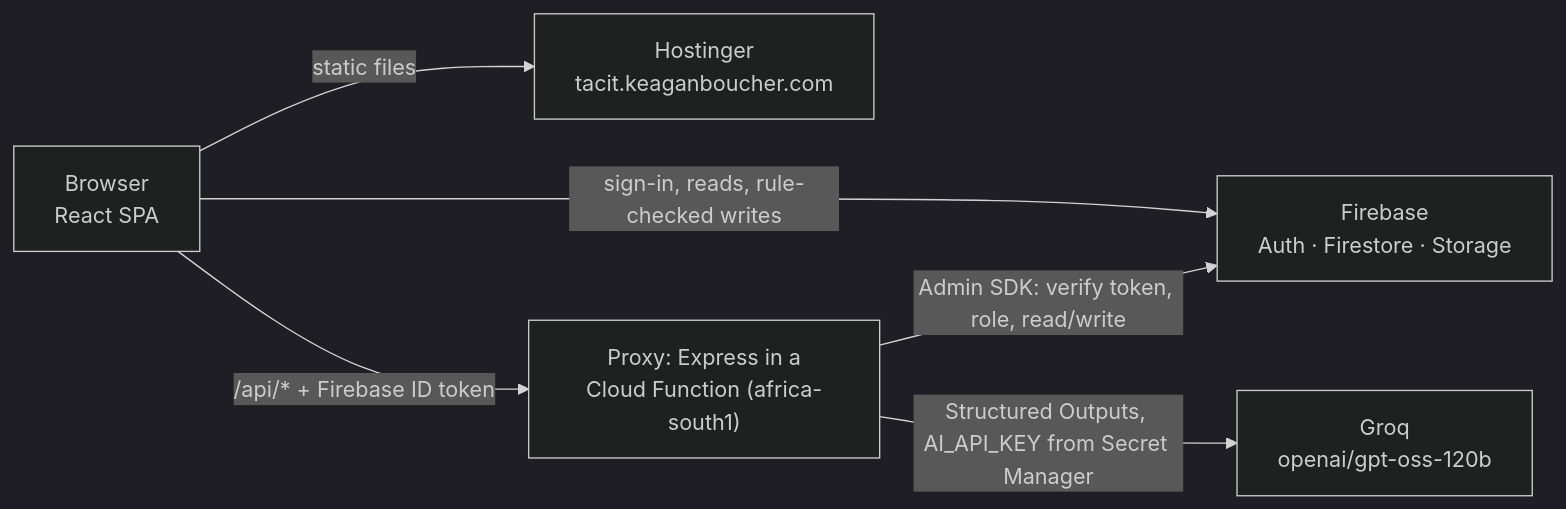
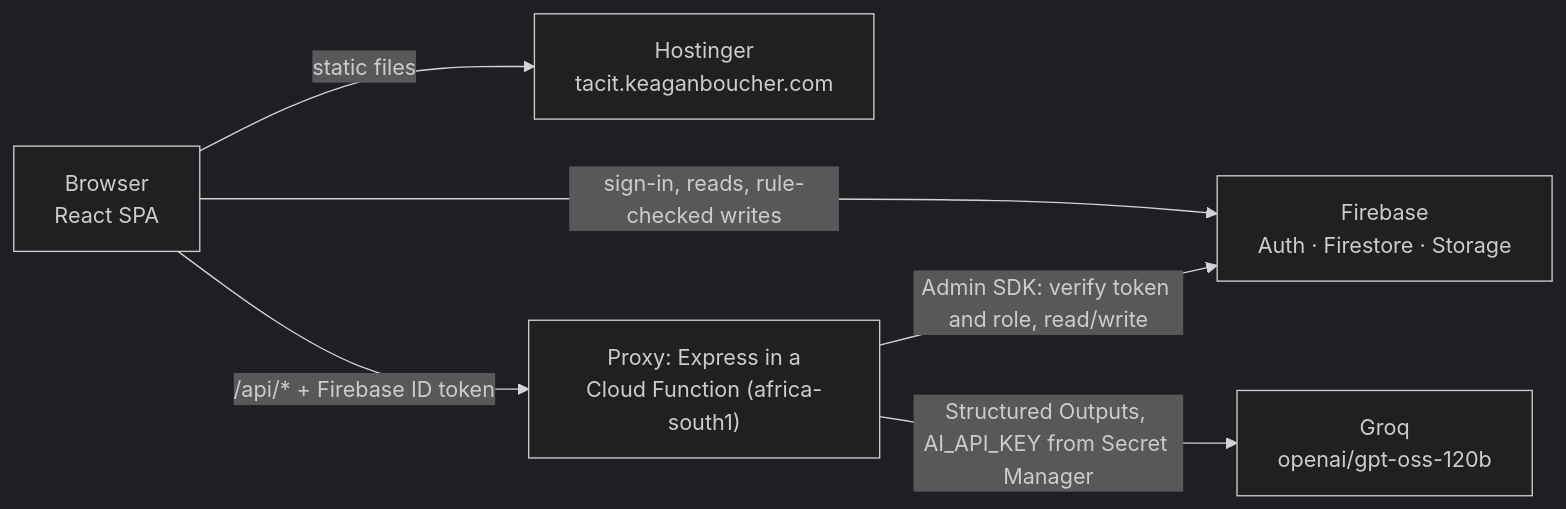
One commit to Keagan-Boucher/Tacit-Recruitment-Dashboard changed the first of 3 diagrams in README.md. Above: the diagram before and after it, drawn with Mermaid (dark theme). The commit also changed other lines of this file and 10 other files, not shown here.

Commit message:
docs: full README: overview, features, setup for web/server/Firebase, usage walkthrough per role, screenshots, architecture/sequence/ER diagrams, tech and AI services, references and acknowledgements

````diff
--- a/README.md
+++ b/README.md
@@ -89,8 +169,8 @@
 ```mermaid
 flowchart LR
   B["Browser<br/>React SPA"] -->|static files| H["Hostinger<br/>tacit.keaganboucher.com"]
   B -->|"sign-in, reads, rule-checked writes"| F["Firebase<br/>Auth · Firestore · Storage"]
   B -->|"/api/* + Firebase ID token"| P["Proxy: Express in a<br/>Cloud Function (africa-south1)"]
-  P -->|"Admin SDK: verify token, role, read/write"| F
+  P -->|"Admin SDK: verify token and role, read/write"| F
   P -->|"Structured Outputs, AI_API_KEY from Secret Manager"| G["Groq<br/>openai/gpt-oss-120b"]
 ```
````
